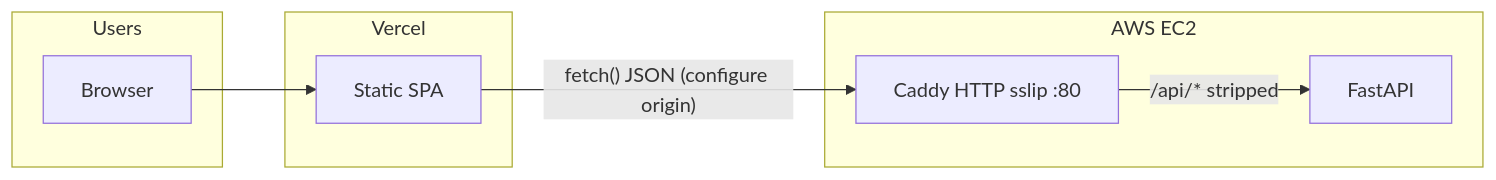
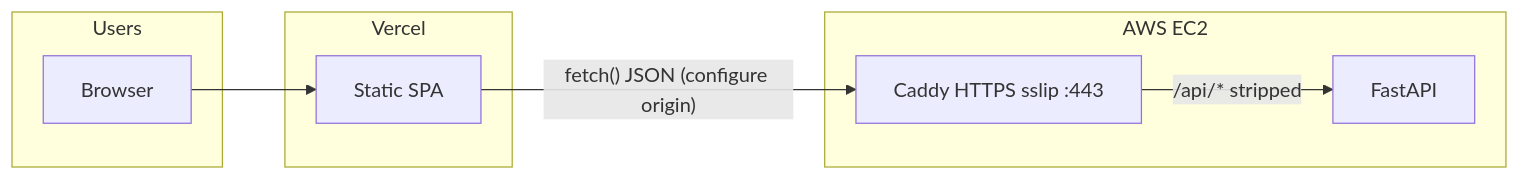
The diagram in docs/CICD_DEPLOYMENT.md (timothy-choi/cloud-networking-studio), drawn with Mermaid before and after one commit. The commit also changed other lines of this file and 9 other files, not shown here.

Commit message:
fixing a caddy https error 2

````diff
--- a/docs/CICD_DEPLOYMENT.md
+++ b/docs/CICD_DEPLOYMENT.md
@@ -18,16 +19,16 @@
 ```mermaid
 flowchart LR
   subgraph users [Users]
     B[Browser]
   end
   subgraph vercel [Vercel]
     UI[Static SPA]
   end
   subgraph aws [AWS EC2]
-    C[Caddy HTTP sslip :80]
+    C[Caddy HTTPS sslip :443]
     A[FastAPI]
   end
   B --> UI
   UI -->|"fetch() JSON (configure origin)"| C
   C -->|"/api/* stripped"| A
 ```
````
